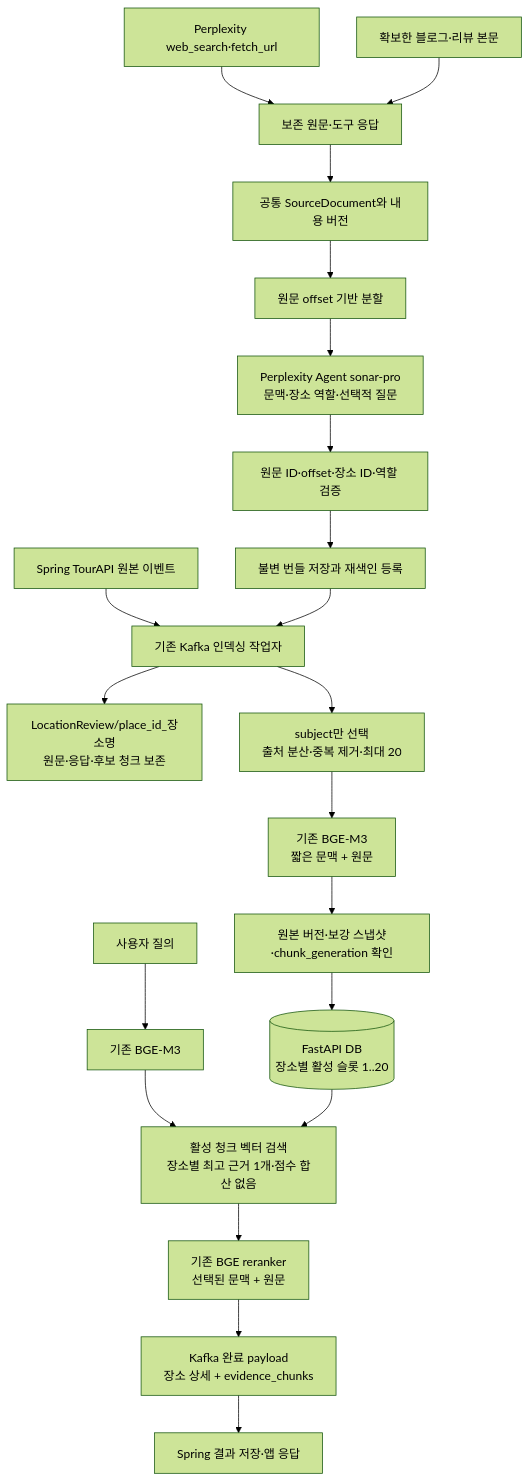
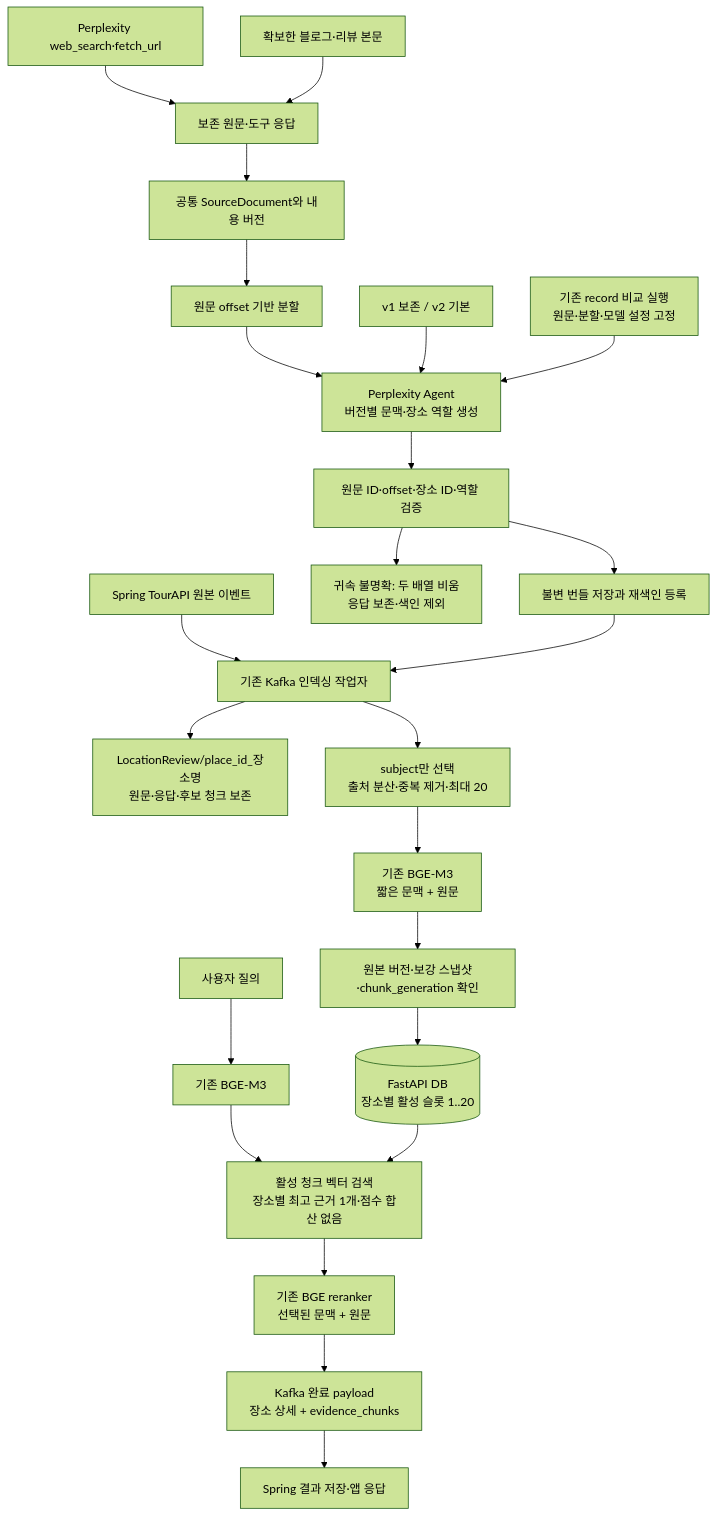
One commit to yollo4179/TravelMate changed the first of 2 diagrams in docs/architecture/contextual-retrieval.md. Above: the diagram before and after it, drawn with Mermaid (forest theme). The commit also changed other lines of this file and 11 other files, not shown here.

````diff
--- a/docs/architecture/contextual-retrieval.md
+++ b/docs/architecture/contextual-retrieval.md
@@ -5,23 +5,26 @@
 ```mermaid
 flowchart TD
     Tour[Spring TourAPI 원본 이벤트] --> Worker[기존 Kafka 인덱싱 작업자]
     Web[Perplexity web_search·fetch_url] --> Raw[보존 원문·도구 응답]
     Accounts[확보한 블로그·리뷰 본문] --> Raw
     Raw --> Sources[공통 SourceDocument와 내용 버전]
     Sources --> Split[원문 offset 기반 분할]
-    Split --> Agent[Perplexity Agent sonar-pro<br/>문맥·장소 역할·선택적 질문]
+    Split --> Agent[Perplexity Agent<br/>버전별 문맥·장소 역할 생성]
+    Version[v1 보존 / v2 기본] --> Agent
+    Baseline[기존 record 비교 실행<br/>원문·분할·모델 설정 고정] --> Agent
     Agent --> Validate[원문 ID·offset·장소 ID·역할 검증]
+    Validate --> Unattributed[귀속 불명확: 두 배열 비움<br/>응답 보존·색인 제외]
     Validate --> Bundle[불변 번들 저장과 재색인 등록]
     Bundle --> Worker
     Worker --> Archive[LocationReview/place_id_장소명<br/>원문·응답·후보 청크 보존]
     Worker --> Select[subject만 선택<br/>출처 분산·중복 제거·최대 20]
     Select --> Embed[기존 BGE-M3<br/>짧은 문맥 + 원문]
     Embed --> CAS[원본 버전·보강 스냅샷·chunk_generation 확인]
     CAS --> Active[(FastAPI DB<br/>장소별 활성 슬롯 1..20)]
     Query[사용자 질의] --> QEmbed[기존 BGE-M3]
     QEmbed --> Retrieve[활성 청크 벡터 검색<br/>장소별 최고 근거 1개·점수 합산 없음]
     Active --> Retrieve
     Retrieve --> Rerank[기존 BGE reranker<br/>선택된 문맥 + 원문]
     Rerank --> Result[Kafka 완료 payload<br/>장소 상세 + evidence_chunks]
     Result --> Spring[Spring 결과 저장·앱 응답]
 ```
````
